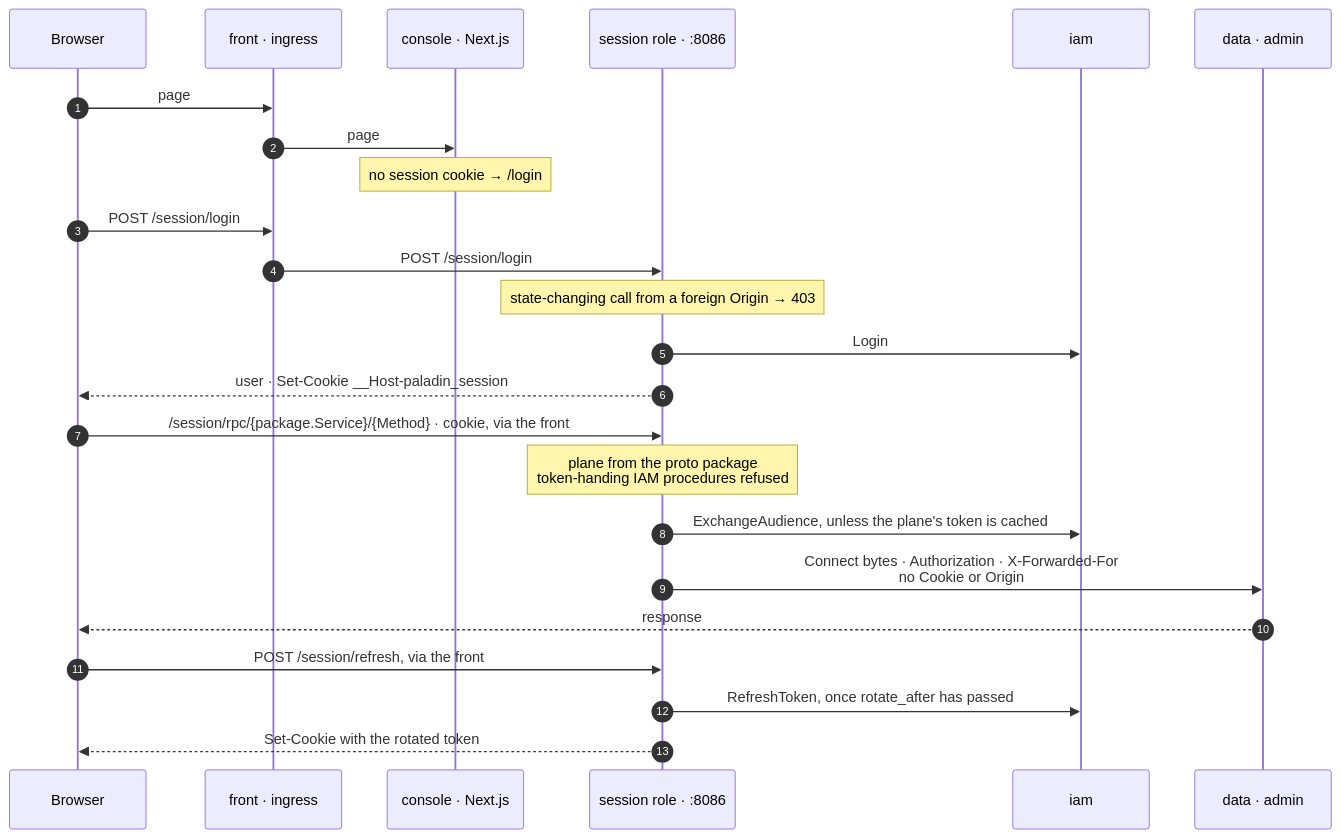
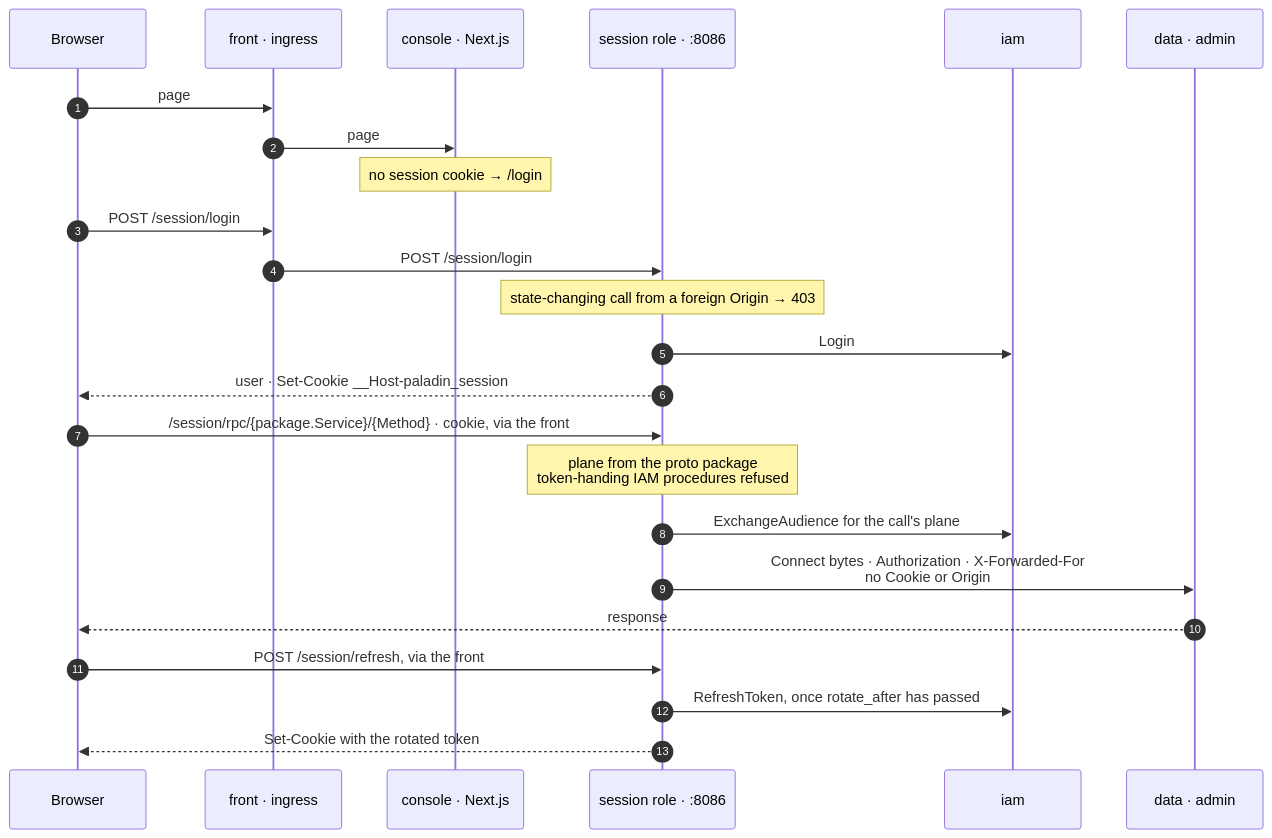
The seventh of 14 diagrams in backend/docs/diagrams.md (oleg-tkachuk/paladin), drawn with Mermaid before and after one commit. The commit also changed other lines of this file and 8 other files, not shown here.

First line of the commit message:
fix(session): mint each forwarded call's token at IAM

````diff
--- a/backend/docs/diagrams.md
+++ b/backend/docs/diagrams.md
@@ -272,27 +272,27 @@
 ```mermaid
 sequenceDiagram
     autonumber
     participant B as Browser
     participant F as front · ingress
     participant C as console · Next.js
     participant S as session role · :8086
     participant I as iam
     participant D as data · admin
 
     B->>F: page
     F->>C: page
     Note over C: no session cookie → /login
     B->>F: POST /session/login
     F->>S: POST /session/login
     Note over S: state-changing call from a foreign Origin → 403
     S->>I: Login
     S-->>B: user · Set-Cookie __Host-paladin_session
     B->>S: /session/rpc/{package.Service}/{Method} · cookie, via the front
     Note over S: plane from the proto package<br/>token-handing IAM procedures refused
-    S->>I: ExchangeAudience, unless the plane's token is cached
+    S->>I: ExchangeAudience for the call's plane
     S->>D: Connect bytes · Authorization · X-Forwarded-For<br/>no Cookie or Origin
     D-->>B: response
     B->>S: POST /session/refresh, via the front
     S->>I: RefreshToken, once rotate_after has passed
     S-->>B: Set-Cookie with the rotated token
 ```
````
